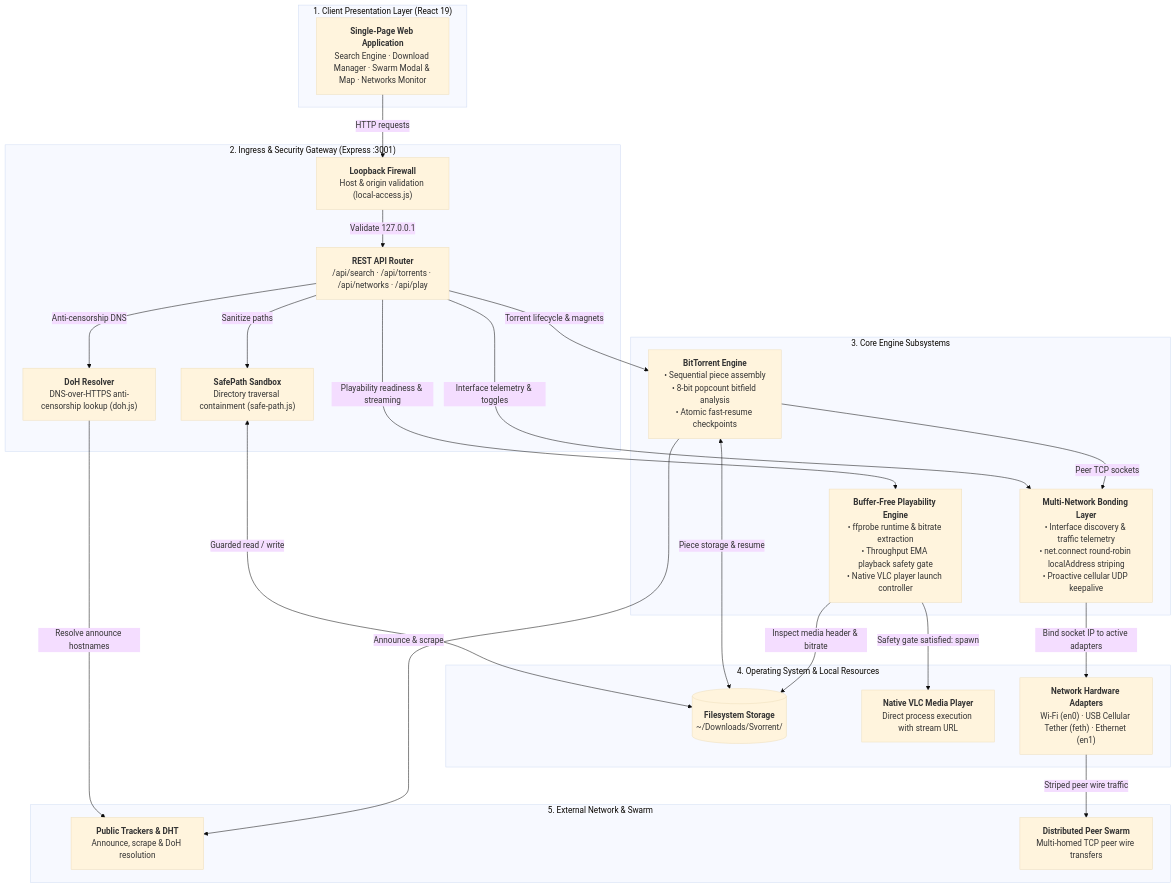
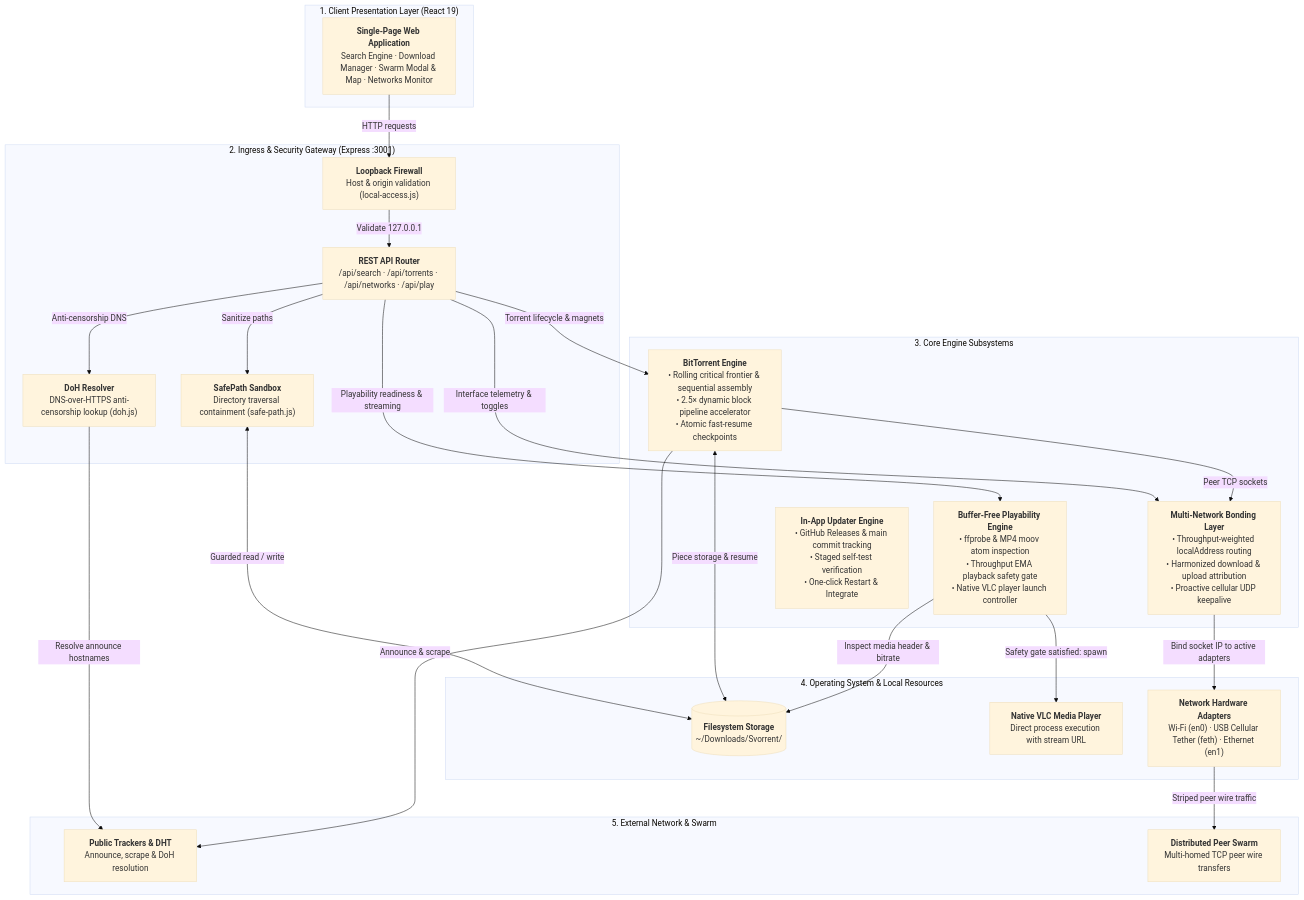
The diagram in README.md (AdhishXD/svorrent), drawn with Mermaid (base theme) before and after one commit. The commit also changed other lines of this file and 4 other files, not shown here.

Commit message:
docs(readme): refresh UI screenshots, architecture, and feature documentation (#30)

````diff
--- a/README.md
+++ b/README.md
@@ -203,55 +207,56 @@
 ```mermaid
 flowchart TD
     subgraph Client["1. Client Presentation Layer (React 19)"]
         UI["<b>Single-Page Web Application</b><br/>Search Engine · Download Manager · Swarm Modal & Map · Networks Monitor"]
     end
 
     subgraph Gateway["2. Ingress & Security Gateway (Express :3001)"]
         Firewall["<b>Loopback Firewall</b><br/>Host & origin validation (local-access.js)"]
         API["<b>REST API Router</b><br/>/api/search · /api/torrents · /api/networks · /api/play"]
         SafePath["<b>SafePath Sandbox</b><br/>Directory traversal containment (safe-path.js)"]
         DoH["<b>DoH Resolver</b><br/>DNS-over-HTTPS anti-censorship lookup (doh.js)"]
 
         Firewall -->|Validate 127.0.0.1| API
         API -->|Sanitize paths| SafePath
         API -->|Anti-censorship DNS| DoH
     end
 
     subgraph Core["3. Core Engine Subsystems"]
-        WT["<b>BitTorrent Engine</b><br/>• Sequential piece assembly<br/>• 8-bit popcount bitfield analysis<br/>• Atomic fast-resume checkpoints"]
-        Play["<b>Buffer-Free Playability Engine</b><br/>• ffprobe runtime & bitrate extraction<br/>• Throughput EMA playback safety gate<br/>• Native VLC player launch controller"]
-        Bond["<b>Multi-Network Bonding Layer</b><br/>• Interface discovery & traffic telemetry<br/>• net.connect round-robin localAddress striping<br/>• Proactive cellular UDP keepalive"]
+        WT["<b>BitTorrent Engine</b><br/>• Rolling critical frontier & sequential assembly<br/>• 2.5× dynamic block pipeline accelerator<br/>• Atomic fast-resume checkpoints"]
+        Play["<b>Buffer-Free Playability Engine</b><br/>• ffprobe & MP4 moov atom inspection<br/>• Throughput EMA playback safety gate<br/>• Native VLC player launch controller"]
+        Bond["<b>Multi-Network Bonding Layer</b><br/>• Throughput-weighted localAddress routing<br/>• Harmonized download & upload attribution<br/>• Proactive cellular UDP keepalive"]
+        Updater["<b>In-App Updater Engine</b><br/>• GitHub Releases & main commit tracking<br/>• Staged self-test verification<br/>• One-click Restart & Integrate"]
     end
 
     subgraph OS["4. Operating System & Local Resources"]
         Disk[("<b>Filesystem Storage</b><br/>~/Downloads/Svorrent/")]
         VLC["<b>Native VLC Media Player</b><br/>Direct process execution with stream URL"]
         Nets["<b>Network Hardware Adapters</b><br/>Wi-Fi (en0) · USB Cellular Tether (feth) · Ethernet (en1)"]
     end
 
     subgraph External["5. External Network & Swarm"]
         Trackers["<b>Public Trackers & DHT</b><br/>Announce, scrape & DoH resolution"]
         Peers["<b>Distributed Peer Swarm</b><br/>Multi-homed TCP peer wire transfers"]
     end
 
     %% Inbound flow
     UI -->|HTTP requests| Firewall
 
     %% Gateway dispatches to engines
     API -->|Torrent lifecycle & magnets| WT
     API -->|Playability readiness & streaming| Play
     API -->|Interface telemetry & toggles| Bond
 
     %% Engines interactions with local resources
     SafePath <-->|Guarded read / write| Disk
     WT <-->|Piece storage & resume| Disk
     Play -->|Inspect media header & bitrate| Disk
     Play -->|Safety gate satisfied: spawn| VLC
     WT -->|Peer TCP sockets| Bond
     Bond -->|Bind socket IP to active adapters| Nets
 
     %% External connectivity
     DoH -->|Resolve announce hostnames| Trackers
     WT -->|Announce & scrape| Trackers
     Nets -->|Striped peer wire traffic| Peers
 ```
````
